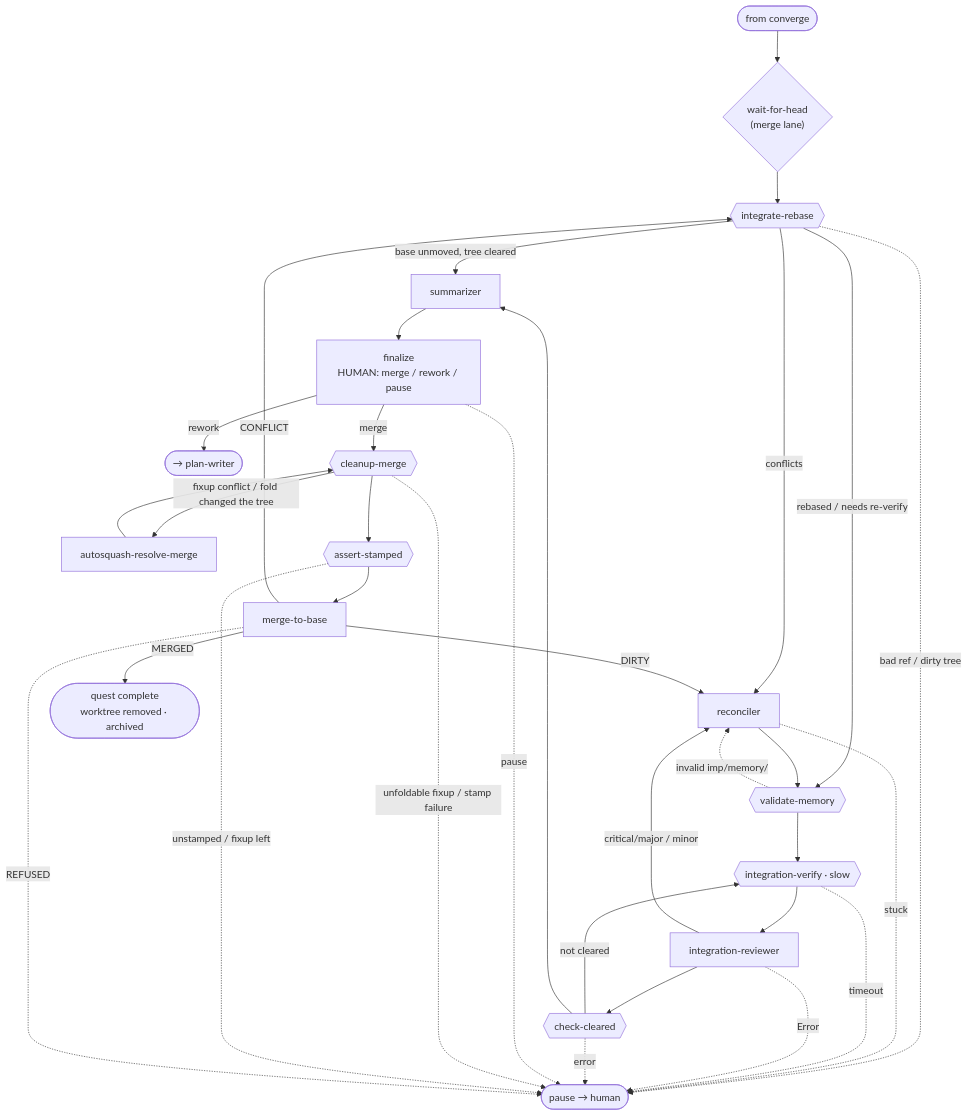
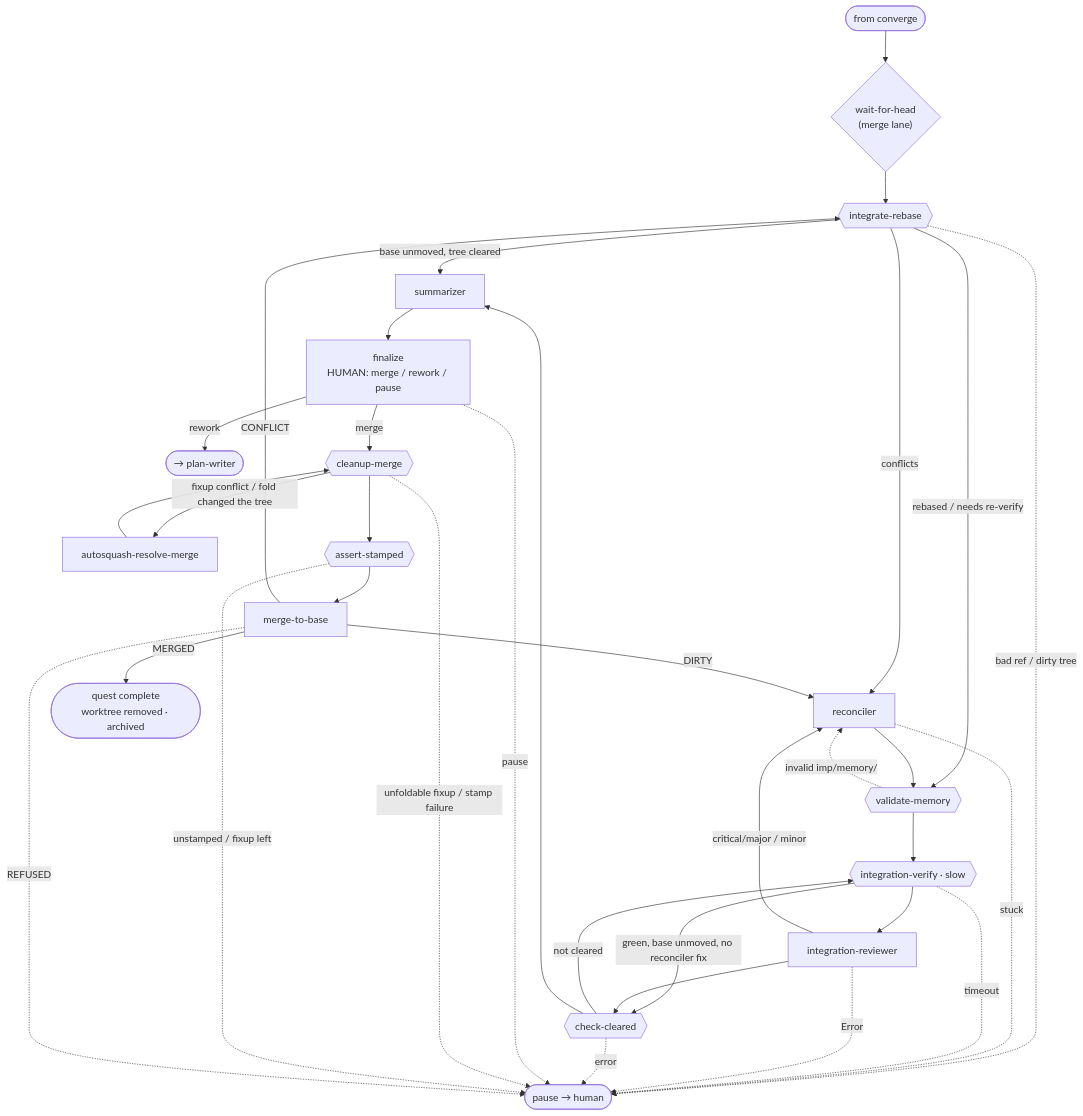
One commit to jpoimboe/imp changed diagram 13 of 13 in docs/internals/architecture.md. Above: the diagram before and after it, drawn with Mermaid. The commit also changed other lines of this file and 1 other file, not shown here.

First line of the commit message:
docs: integrate skips the merge review on a green, base-unmoved pass

````diff
--- a/docs/internals/architecture.md
+++ b/docs/internals/architecture.md
@@ -305,35 +307,36 @@
 ```mermaid
 flowchart TD
   in([from converge]) --> WFH{"wait-for-head<br/>(merge lane)"}
   WFH --> IR{{"integrate-rebase"}}
   IR -->|"base unmoved, tree cleared"| SUM
   IR -->|"rebased / needs re-verify"| VM
   IR -->|conflicts| REC["reconciler"]
   IR -. "bad ref / dirty tree" .-> HUMAN([pause → human])
   REC --> VM{{"validate-memory"}}
   REC -. stuck .-> HUMAN
   VM -. "invalid imp/memory/" .-> REC
   VM --> IV{{"integration-verify · slow"}}
   IV -. timeout .-> HUMAN
   IV --> IRV["integration-reviewer"]
+  IV -->|"green, base unmoved, no reconciler fix"| CC
   IRV -->|"critical/major / minor"| REC
   IRV -. Error .-> HUMAN
   IRV --> CC{{"check-cleared"}}
   CC -->|"not cleared"| IV
   CC -. error .-> HUMAN
   CC --> SUM["summarizer"]
   SUM --> FIN["finalize<br/>HUMAN: merge / rework / pause"]
   FIN -->|rework| back([→ plan-writer])
   FIN -. pause .-> HUMAN
   FIN -->|merge| CM{{"cleanup-merge"}}
   CM -->|"fixup conflict / fold changed the tree"| ASR["autosquash-resolve-merge"]
   ASR --> CM
   CM -. "unfoldable fixup / stamp failure" .-> HUMAN
   CM --> AST{{"assert-stamped"}}
   AST -. "unstamped / fixup left" .-> HUMAN
   AST --> M2B["merge-to-base"]
   M2B -->|MERGED| done([quest complete<br/>worktree removed · archived])
   M2B -->|CONFLICT| IR
   M2B -->|DIRTY| REC
   M2B -. REFUSED .-> HUMAN
 ```
````
